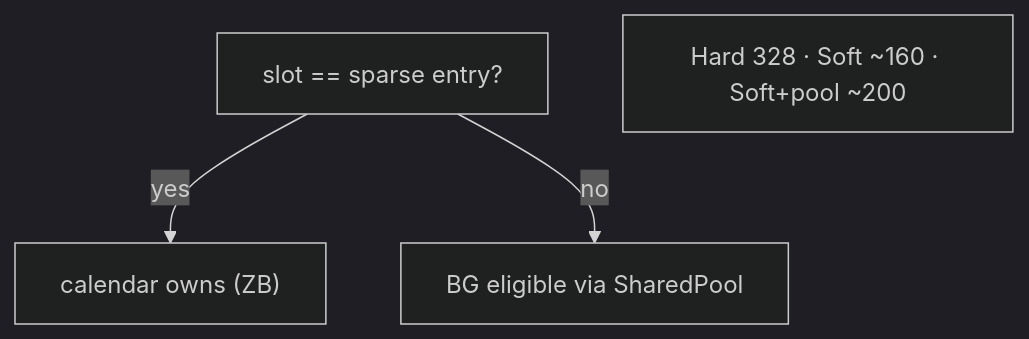
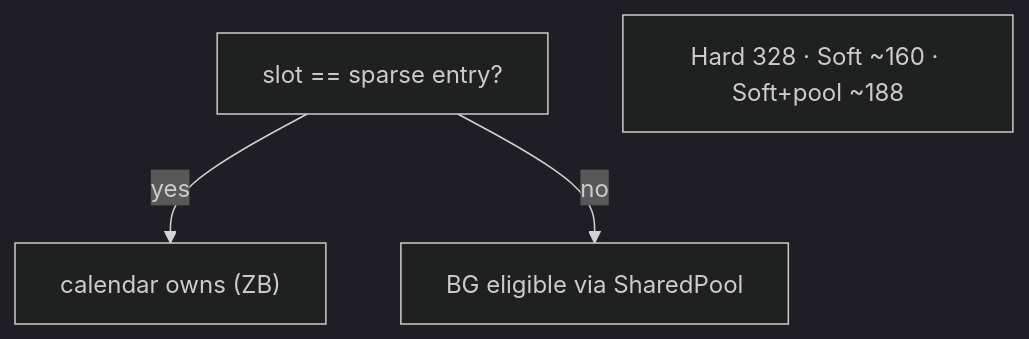
The fourth of 5 diagrams in docs/phase-3-uarch/uarch-diagram.md (lukebest/booksim2), drawn with Mermaid (dark theme) before and after one commit. The commit also changed other lines of this file and 30 other files, not shown here.

````diff
--- a/docs/phase-3-uarch/uarch-diagram.md
+++ b/docs/phase-3-uarch/uarch-diagram.md
@@ -72,7 +72,7 @@
 ```mermaid
 flowchart TB
   MATCH["slot == sparse entry?"]
   MATCH -->|yes| CAL["calendar owns (ZB)"]
   MATCH -->|no| BG["BG eligible via SharedPool"]
-  note["Hard 328 · Soft ~160 · Soft+pool ~200"]
+  note["Hard 328 · Soft ~160 · Soft+pool ~188"]
 ```
````
